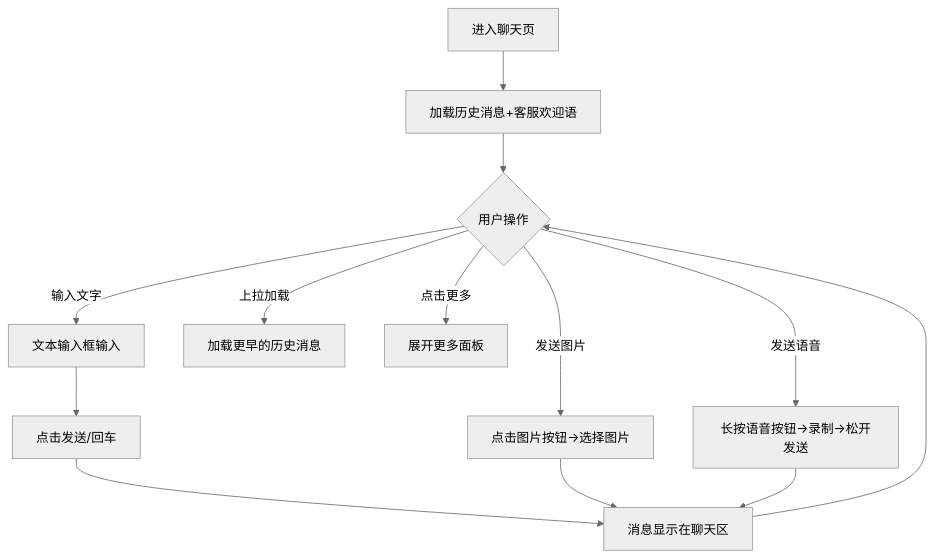
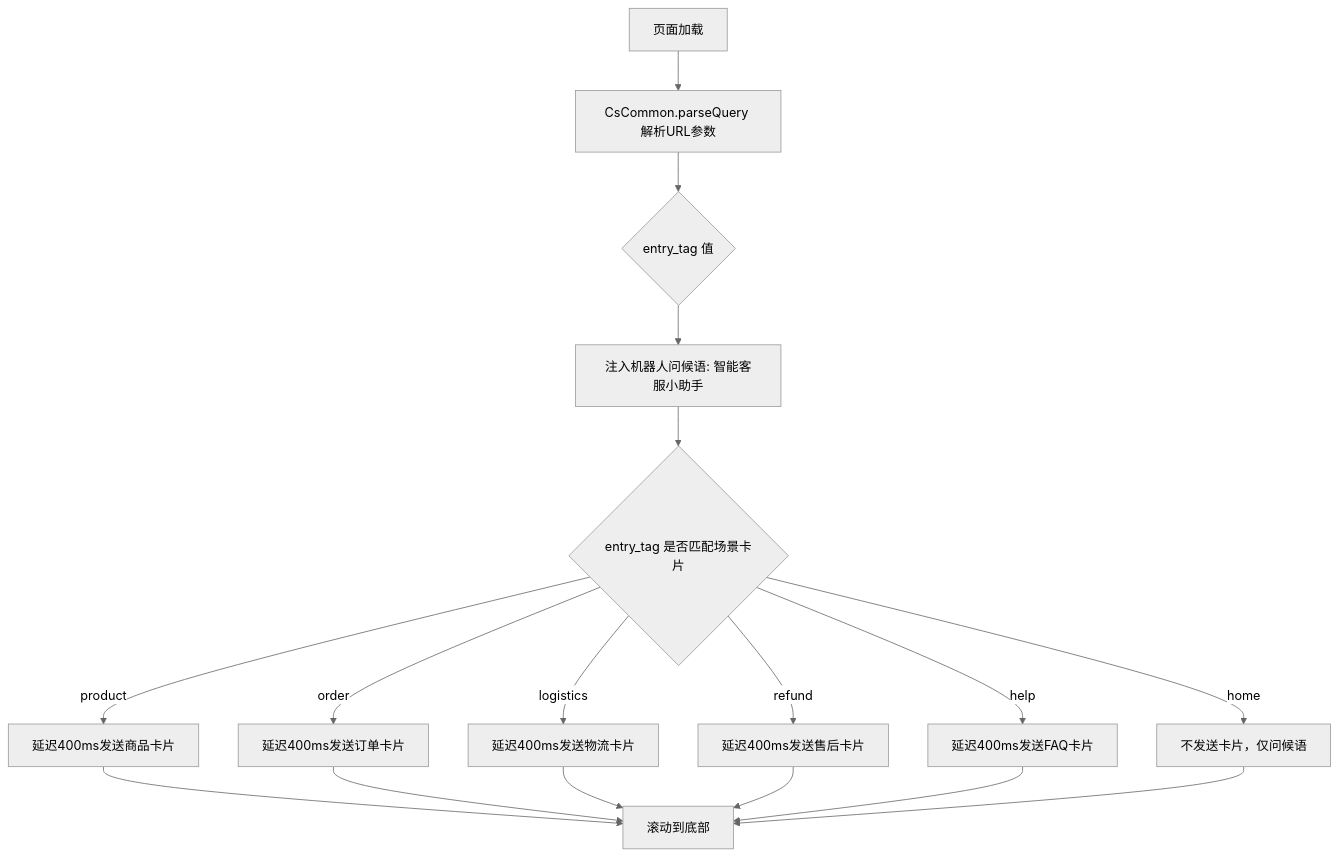
Before and after one commit to lyuxiaohei/OCS: the first of 9 diagrams in prototype-cs/user/PRD/02-聊天主界面.md, drawn with Mermaid (neutral theme). The commit also changed other lines of this file and 29 other files, not shown here.

````diff
--- a/prototype-cs/user/PRD/02-聊天主界面.md
+++ b/prototype-cs/user/PRD/02-聊天主界面.md
@@ -94,15 +67,19 @@
 ```mermaid
 flowchart TD
-    A[进入聊天页] --> B[加载历史消息+客服欢迎语]
-    B --> C{用户操作}
-    C -->|输入文字| D[文本输入框输入]
-    D --> E[点击发送/回车]
-    E --> F[消息显示在聊天区]
-    C -->|发送图片| G[点击图片按钮→选择图片]
-    G --> F
-    C -->|发送语音| H[长按语音按钮→录制→松开发送]
-    H --> F
-    C -->|上拉加载| I[加载更早的历史消息]
-    C -->|点击更多| J[展开更多面板]
-    F --> C
+    A[页面加载] --> B[CsCommon.parseQuery 解析URL参数]
+    B --> C{entry_tag 值}
+    C --> D[注入机器人问候语: 智能客服小助手]
+    D --> E{entry_tag 是否匹配场景卡片}
+    E -->|product| F[延迟400ms发送商品卡片]
+    E -->|order| G[延迟400ms发送订单卡片]
+    E -->|logistics| H[延迟400ms发送物流卡片]
+    E -->|refund| I[延迟400ms发送售后卡片]
+    E -->|help| J[延迟400ms发送FAQ卡片]
+    E -->|home| K[不发送卡片，仅问候语]
+    F --> L[滚动到底部]
+    G --> L
+    H --> L
+    I --> L
+    J --> L
+    K --> L
 ```
````
